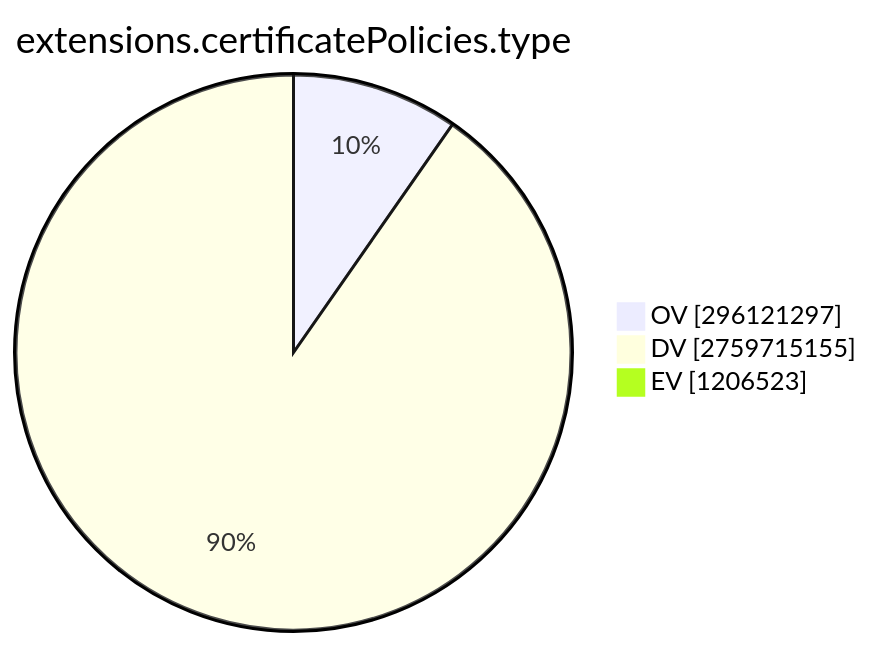
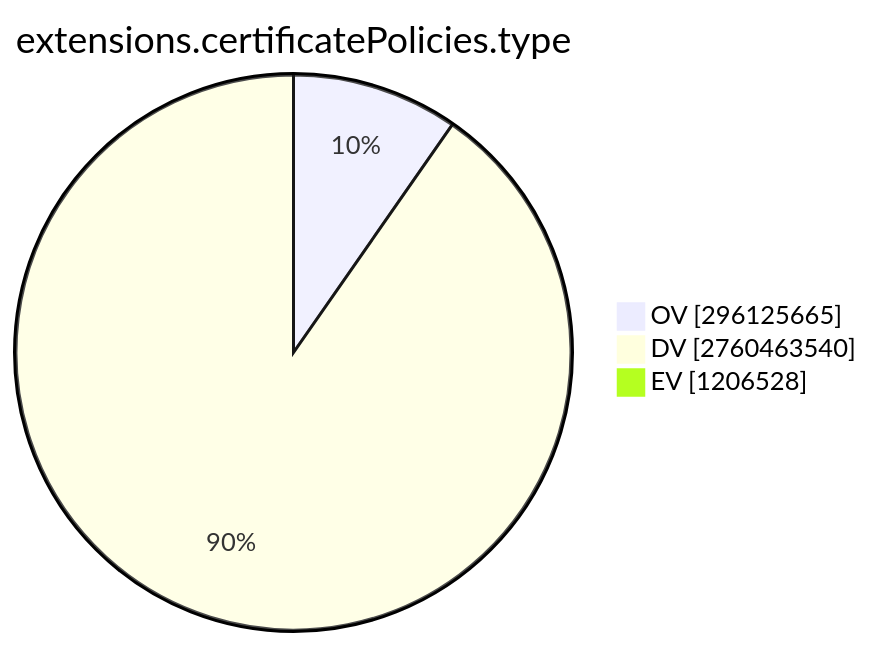
The ninth of 15 diagrams in TOTAL/README.md (christiankrug/ctmonitor_visualization), drawn with Mermaid before and after one commit. The commit also changed other lines of this file, not shown here.

````diff
--- a/TOTAL/README.md
+++ b/TOTAL/README.md
@@ -3099,7 +3099,7 @@
 ```mermaid
 pie showData
 title extensions.certificatePolicies.type
-"OV" :296121297
-"DV" :2759715155
-"EV" :1206523
+"OV" :296125665
+"DV" :2760463540
+"EV" :1206528
 ```
````
